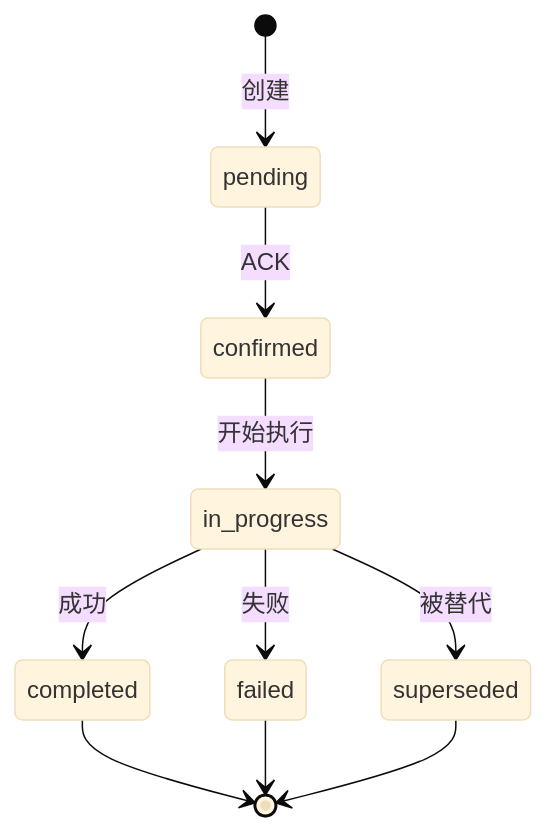
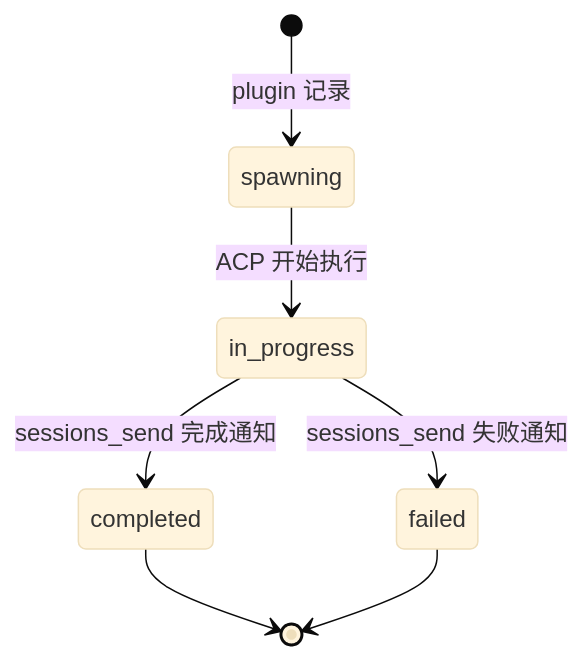
The fourth of 5 diagrams in ARCHITECTURE.md (2317891476/openclaw-multiagent-framework), drawn with Mermaid (base theme) before and after one commit. The commit also changed other lines of this file and 9 other files, not shown here.

````diff
--- a/ARCHITECTURE.md
+++ b/ARCHITECTURE.md
@@ -176,12 +232,9 @@
 ```mermaid
 stateDiagram-v2
-    [*] --> pending: 创建
-    pending --> confirmed: ACK
-    confirmed --> in_progress: 开始执行
-    in_progress --> completed: 成功
-    in_progress --> failed: 失败
-    in_progress --> superseded: 被替代
+    [*] --> spawning: plugin 记录
+    spawning --> in_progress: ACP 开始执行
+    in_progress --> completed: sessions_send 完成通知
+    in_progress --> failed: sessions_send 失败通知
     completed --> [*]
     failed --> [*]
-    superseded --> [*]
 ```
````
